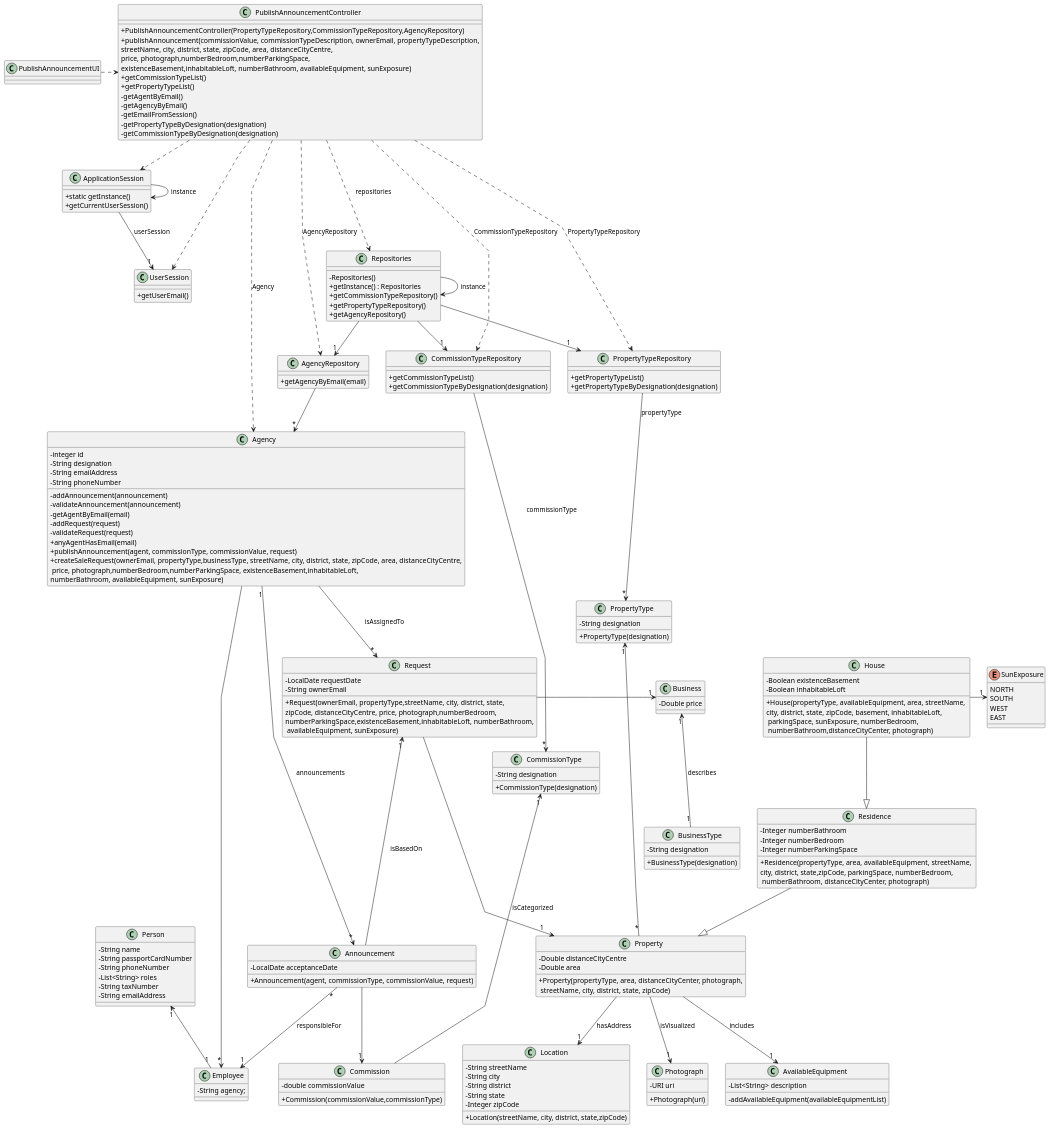
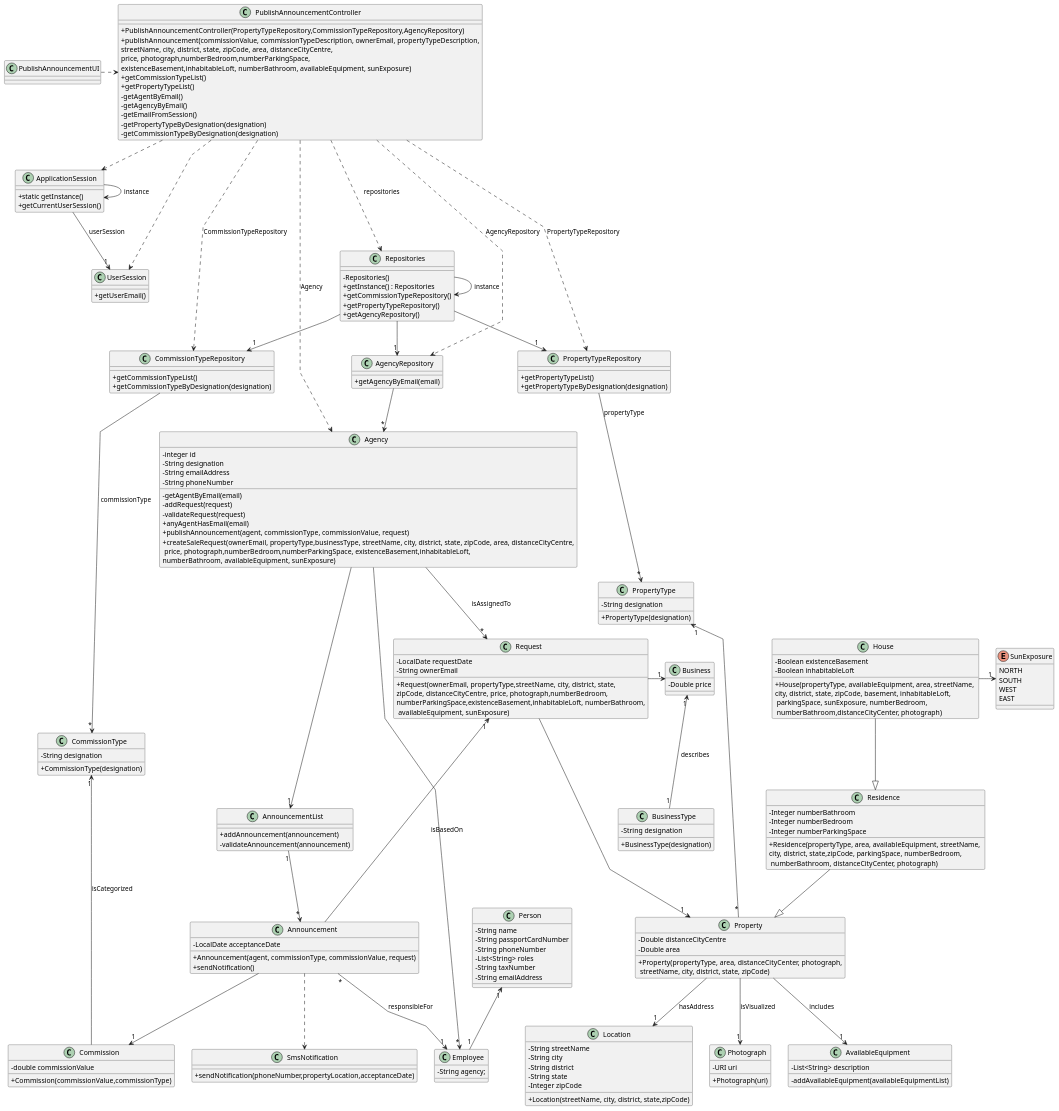
Before and after one commit to rita-barbosa/LAPR2-2223: the diagram in docs/sprintD/us002/03.design/puml/us002-class-diagram.puml, drawn with PlantUML. The commit also changed 4 other files, not shown here.

Commit message:
Update sequence & class diagram: changes caused by the use of protected variation [US002][Design]

```diff
--- a/docs/sprintD/us002/03.design/puml/us002-class-diagram.puml
+++ b/docs/sprintD/us002/03.design/puml/us002-class-diagram.puml
@@ -52,6 +52,10 @@
 class Announcement {
     - LocalDate acceptanceDate
     + Announcement(agent, commissionType, commissionValue, request)
+    + sendNotification()
+}
+class SmsNotification{
+    + sendNotification(phoneNumber,propertyLocation,acceptanceDate)
 }
 class Commission {
     - double commissionValue
@@ -70,16 +74,18 @@
     - String emailAddress
     - String phoneNumber
 
-    - addAnnouncement(announcement)
-    - validateAnnouncement(announcement)
-    - getAgentByEmail(email)
+   - getAgentByEmail(email)
     - addRequest(request)
     - validateRequest(request)
     + anyAgentHasEmail(email)
     + publishAnnouncement(agent, commissionType, commissionValue, request)
     + createSaleRequest(ownerEmail, propertyType,businessType, streetName, city, district, state, zipCode, area, distanceCityCentre,\n price, photograph,numberBedroom,numberParkingSpace, existenceBasement,inhabitableLoft,\nnumberBathroom, availableEquipment, sunExposure)
 }
+class AnnouncementList{
+ + addAnnouncement(announcement)
+ - validateAnnouncement(announcement)
 
+}
 class CommissionTypeRepository {
     + getCommissionTypeList()
     + getCommissionTypeByDesignation(designation)
@@ -176,8 +182,6 @@
     Repositories --> "1" PropertyTypeRepository
     Repositories --> "1" AgencyRepository
     AgencyRepository --> "*" Agency
-    Agency "1" ----> "*" Announcement : announcements
-
     Announcement "*" --> "1" Employee : responsibleFor
     CommissionTypeRepository ---> "*" CommissionType : commissionType
     CommissionType "1" <-- Commission : isCategorized
@@ -185,7 +189,8 @@
     Request "1" <-- Announcement : isBasedOn
     Request  ---> "1" Property
     Agency ----> "*" Employee
-
+    Agency ---> "1" AnnouncementList
+    AnnouncementList "1" --> "*" Announcement
     PropertyTypeRepository  --> "*" PropertyType : propertyType
     PropertyType "1" <-- "*" Property
     Property  --> "1" Location : hasAddress
@@ -198,4 +203,5 @@
     House --|> Residence
     House -> "1" SunExposure
     Person "1" <-- "1" Employee
+    Announcement -.> SmsNotification
 @enduml
```
